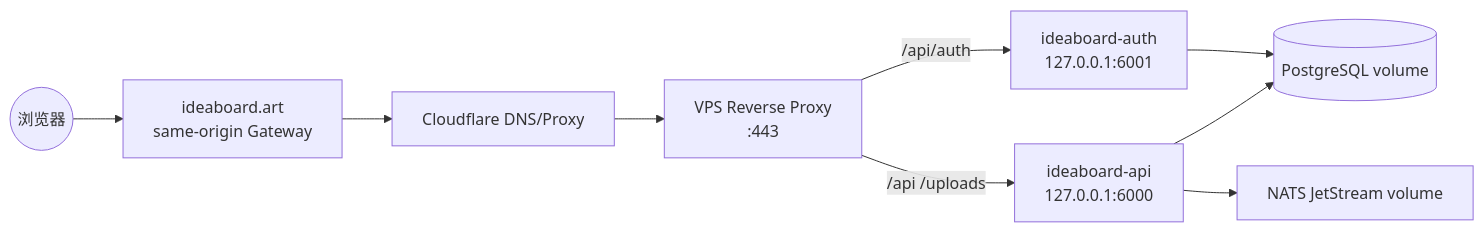
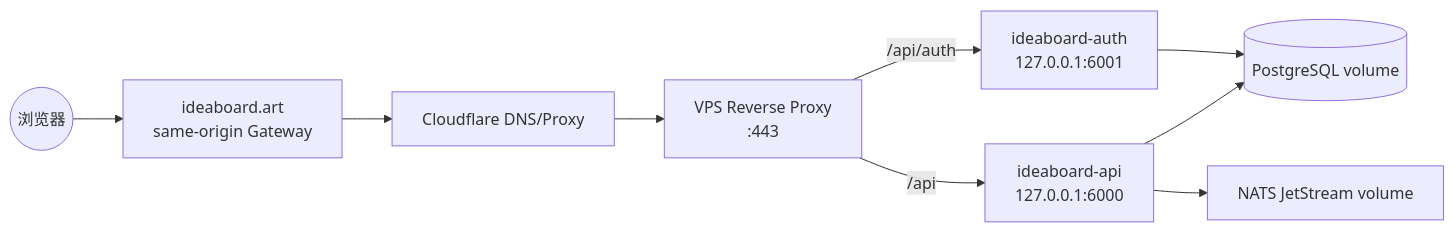
The diagram in docs/runbooks/deployment.md (Ericsunsk/IdeaBoard), drawn with Mermaid before and after one commit. The commit also changed other lines of this file and 198 other files, not shown here.

````diff
--- a/docs/runbooks/deployment.md
+++ b/docs/runbooks/deployment.md
@@ -35,11 +36,11 @@
 ```mermaid
 graph LR
     Browser((浏览器)) --> Gateway["ideaboard.art<br>same-origin Gateway"]
     Gateway --> CFProxy["Cloudflare DNS/Proxy"]
     CFProxy --> EdgeProxy["VPS Reverse Proxy<br>:443"]
     EdgeProxy -- "/api/auth" --> Auth["ideaboard-auth<br>127.0.0.1:6001"]
-    EdgeProxy -- "/api /uploads" --> API["ideaboard-api<br>127.0.0.1:6000"]
+    EdgeProxy -- "/api" --> API["ideaboard-api<br>127.0.0.1:6000"]
     Auth --> Postgres[("PostgreSQL volume")]
     API --> Postgres
     API --> NATS["NATS JetStream volume"]
 ```
````
